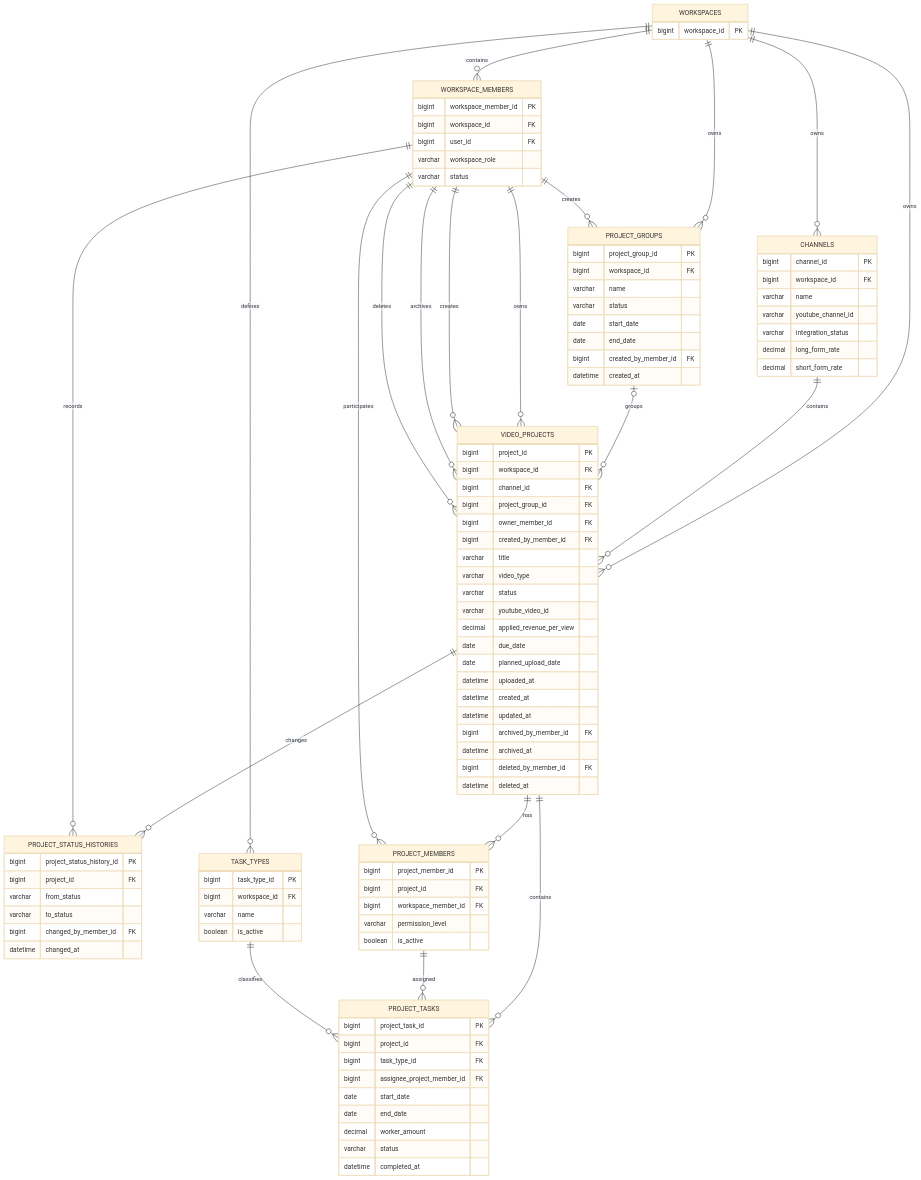
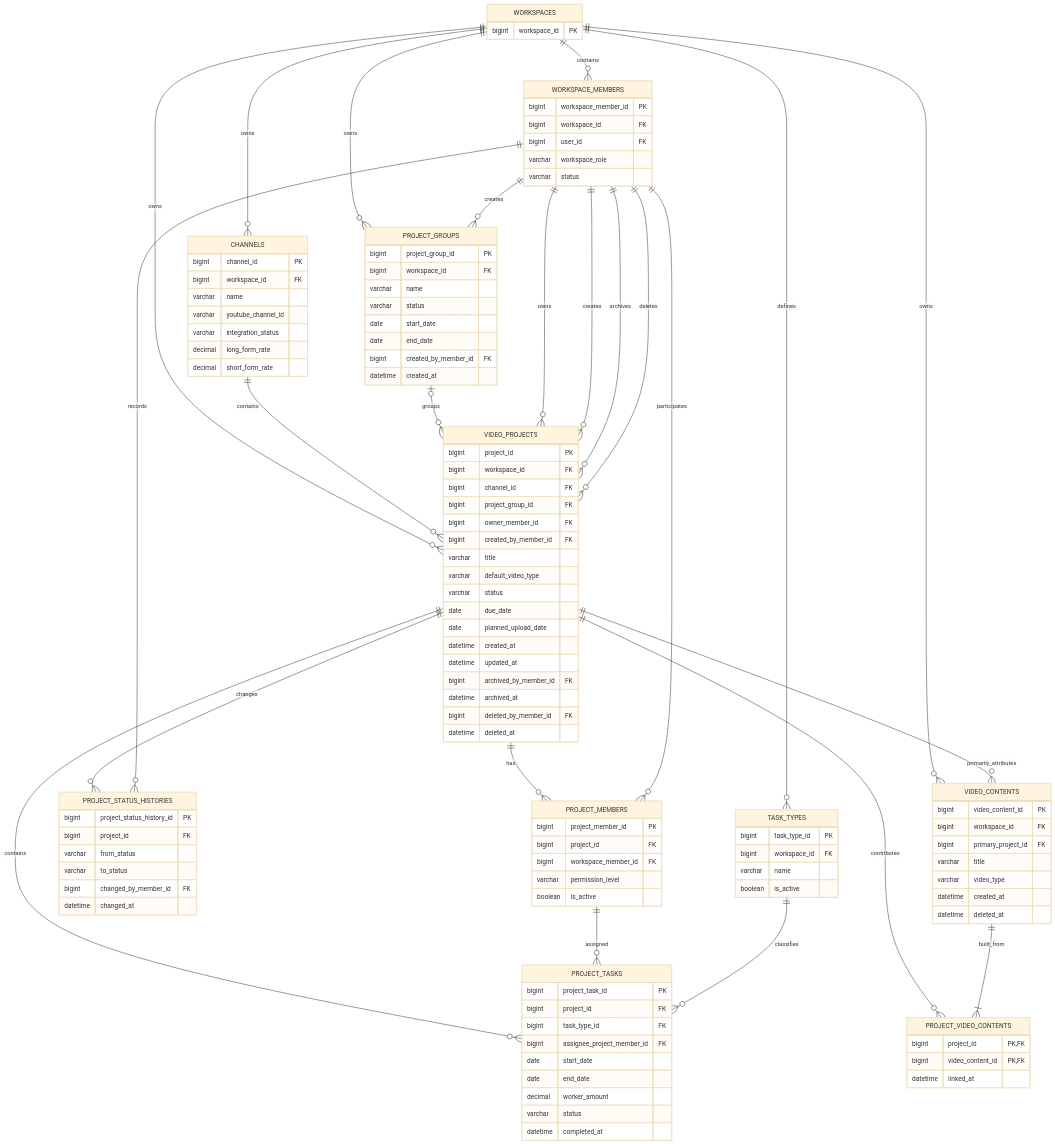
One commit to heebaek200/yms-project changed the third of 6 diagrams in docs/design/데이터베이스 설계 및 ERD.md. Above: the diagram before and after it, drawn with Mermaid (base theme). The commit also changed other lines of this file and 4 other files, not shown here.

```diff
--- a/docs/design/데이터베이스 설계 및 ERD.md
+++ b/docs/design/데이터베이스 설계 및 ERD.md
@@ -908,19 +987,32 @@
         bigint owner_member_id FK
         bigint created_by_member_id FK
         varchar title
-        varchar video_type
+        varchar default_video_type
         varchar status
-        varchar youtube_video_id
-        decimal applied_revenue_per_view
         date due_date
         date planned_upload_date
-        datetime uploaded_at
         datetime created_at
         datetime updated_at
         bigint archived_by_member_id FK
         datetime archived_at
         bigint deleted_by_member_id FK
         datetime deleted_at
+    }
+
+    VIDEO_CONTENTS {
+        bigint video_content_id PK
+        bigint workspace_id FK
+        bigint primary_project_id FK
+        varchar title
+        varchar video_type
+        datetime created_at
+        datetime deleted_at
+    }
+
+    PROJECT_VIDEO_CONTENTS {
+        bigint project_id PK,FK
+        bigint video_content_id PK,FK
+        datetime linked_at
     }
 
     PROJECT_STATUS_HISTORIES {
@@ -963,6 +1055,7 @@
     WORKSPACES ||--o{ CHANNELS : owns
     WORKSPACES ||--o{ PROJECT_GROUPS : owns
     WORKSPACES ||--o{ VIDEO_PROJECTS : owns
+    WORKSPACES ||--o{ VIDEO_CONTENTS : owns
     WORKSPACES ||--o{ TASK_TYPES : defines
     CHANNELS ||--o{ VIDEO_PROJECTS : contains
     PROJECT_GROUPS o|--o{ VIDEO_PROJECTS : groups
@@ -972,6 +1065,9 @@
     WORKSPACE_MEMBERS ||--o{ VIDEO_PROJECTS : archives
     WORKSPACE_MEMBERS ||--o{ VIDEO_PROJECTS : deletes
     VIDEO_PROJECTS ||--o{ PROJECT_MEMBERS : has
+    VIDEO_PROJECTS ||--o{ PROJECT_VIDEO_CONTENTS : contributes
+    VIDEO_CONTENTS ||--|{ PROJECT_VIDEO_CONTENTS : built_from
+    VIDEO_PROJECTS ||--o{ VIDEO_CONTENTS : primarily_attributes
     VIDEO_PROJECTS ||--o{ PROJECT_STATUS_HISTORIES : changes
     WORKSPACE_MEMBERS ||--o{ PROJECT_MEMBERS : participates
     WORKSPACE_MEMBERS ||--o{ PROJECT_STATUS_HISTORIES : records
```
